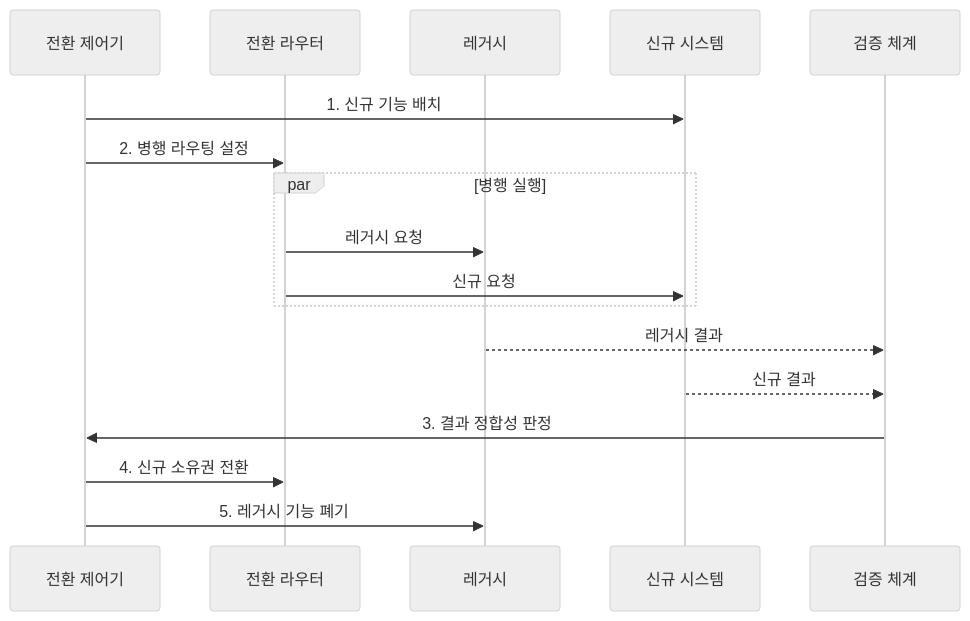
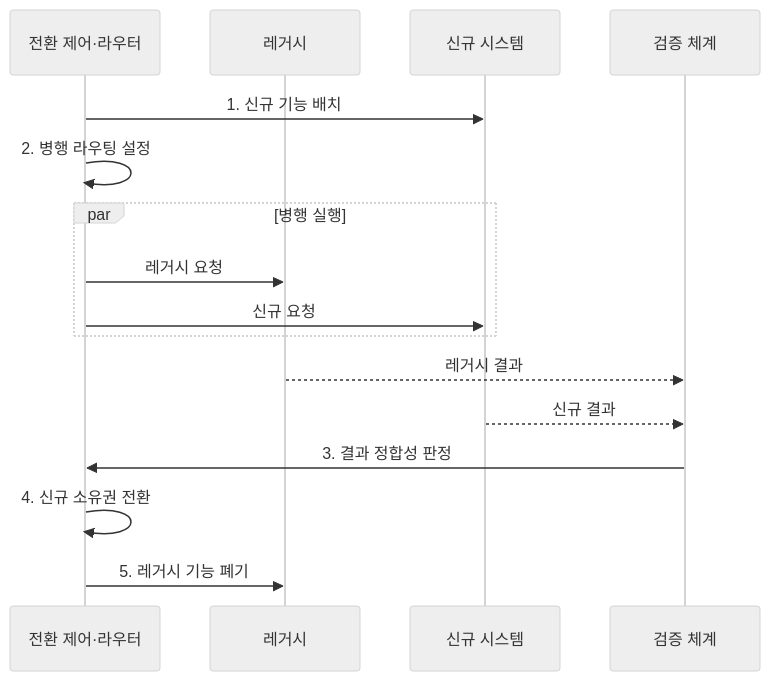
Before and after one commit to agnusdei1207/knowledge-base: the second of 2 diagrams in src/content/docs/notes/03-software/219_strangler_fig_pattern.md, drawn with Mermaid (neutral theme). The commit also changed 3 other files, not shown here.

Commit message:
Condense platform improvement diagrams

````diff
--- a/src/content/docs/notes/03-software/219_strangler_fig_pattern.md
+++ b/src/content/docs/notes/03-software/219_strangler_fig_pattern.md
@@ -94,19 +94,18 @@
 ```mermaid
 sequenceDiagram
-    participant O as 전환 제어기
-    participant R as 전환 라우터
+    participant O as 전환 제어·라우터
     participant L as 레거시
     participant N as 신규 시스템
     participant V as 검증 체계
     O->>N: 1. 신규 기능 배치
-    O->>R: 2. 병행 라우팅 설정
+    O->>O: 2. 병행 라우팅 설정
     par 병행 실행
-        R->>L: 레거시 요청
-        R->>N: 신규 요청
+        O->>L: 레거시 요청
+        O->>N: 신규 요청
     end
     L-->>V: 레거시 결과
     N-->>V: 신규 결과
     V->>O: 3. 결과 정합성 판정
-    O->>R: 4. 신규 소유권 전환
+    O->>O: 4. 신규 소유권 전환
     O->>L: 5. 레거시 기능 폐기
 ```
````
